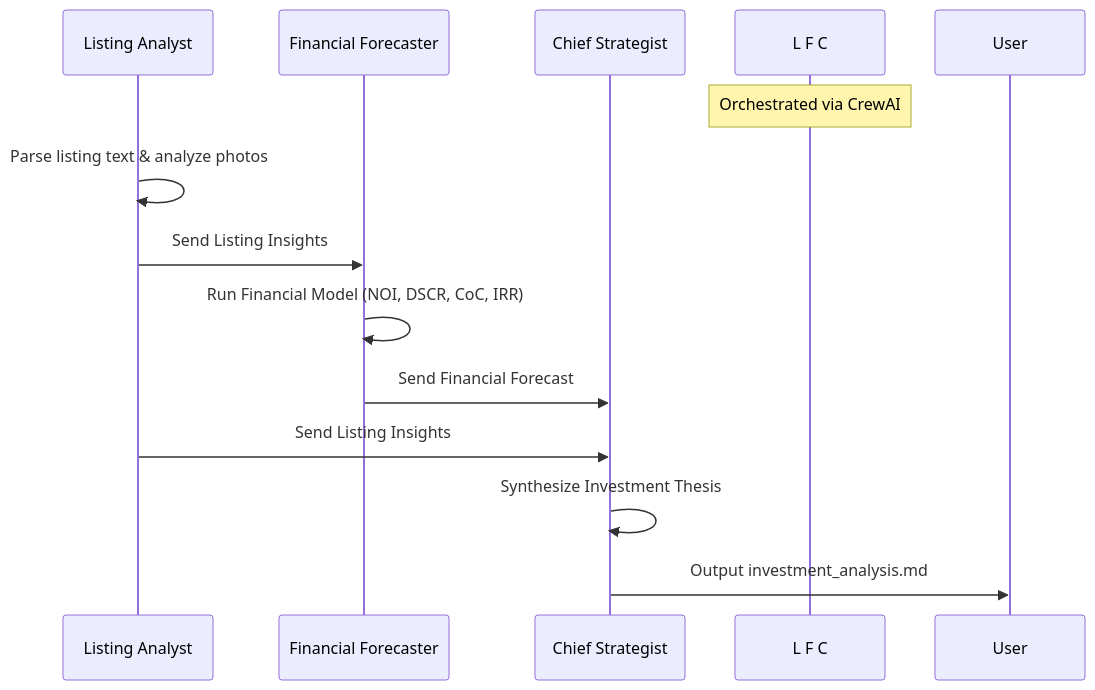
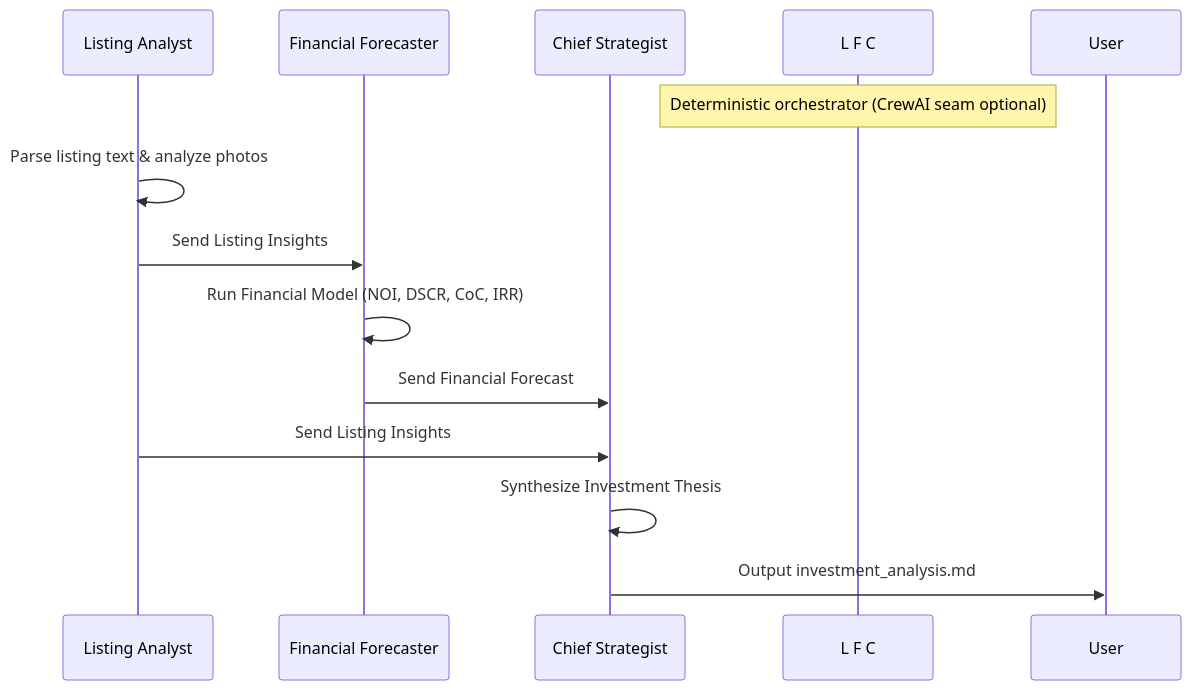
The third of 4 diagrams in README.md (rogerbooto/ai-real-estate-deal-analyzer), drawn with Mermaid before and after one commit. The commit also changed other lines of this file and 14 other files, not shown here.

````diff
--- a/README.md
+++ b/README.md
@@ -172,16 +192,16 @@
 ```mermaid
 sequenceDiagram
     participant L as Listing Analyst
     participant F as Financial Forecaster
     participant C as Chief Strategist
 
-    Note over L F C: Orchestrated via CrewAI
+    Note over L F C: Deterministic orchestrator (CrewAI seam optional)
 
     L->>L: Parse listing text & analyze photos
     L->>F: Send Listing Insights
     F->>F: Run Financial Model (NOI, DSCR, CoC, IRR)
     F->>C: Send Financial Forecast
     L->>C: Send Listing Insights
     C->>C: Synthesize Investment Thesis
     C->>User: Output investment_analysis.md
 ```
````
